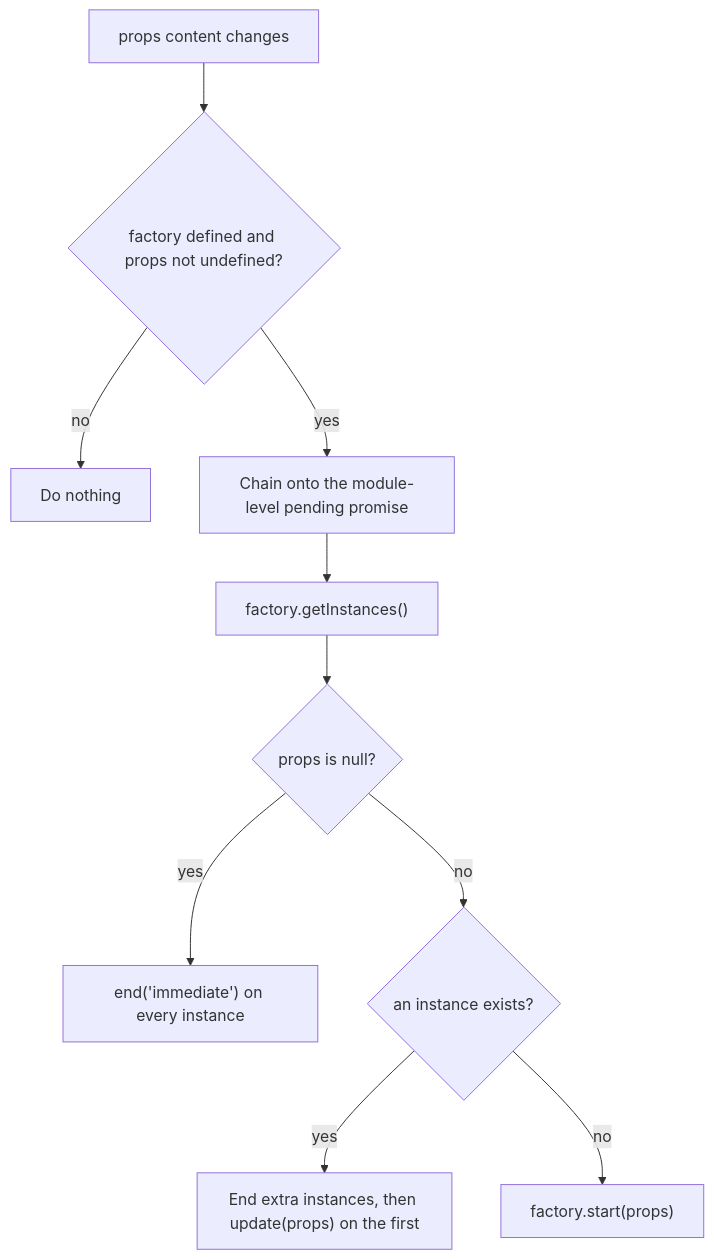
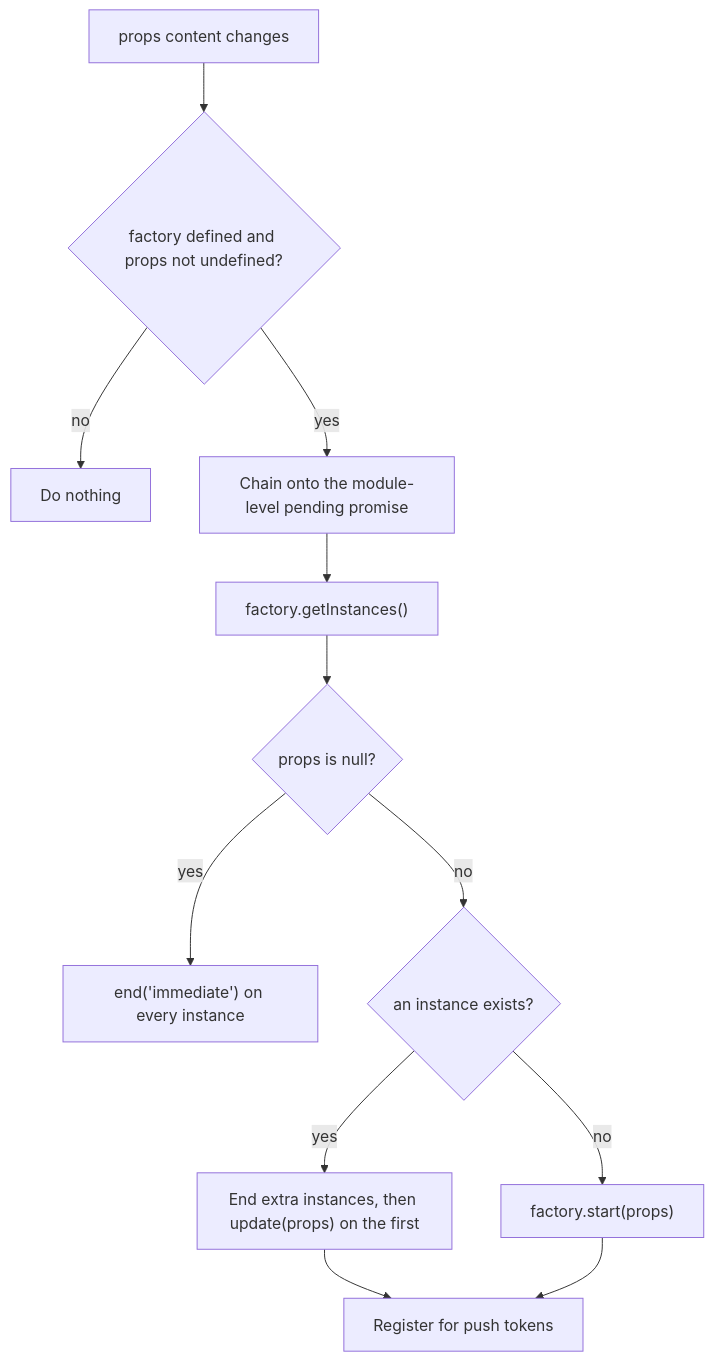
The first of 2 diagrams in engineering/mobile/live-activities.mdx (rideyelo/docs), drawn with Mermaid before and after one commit. The commit also changed other lines of this file and 9 other files, not shown here.

Commit message:
docs: document Live Activity push tokens and APNs background updates

````diff
--- a/engineering/mobile/live-activities.mdx
+++ b/engineering/mobile/live-activities.mdx
@@ -34,12 +34,14 @@
 ```mermaid
 flowchart TD
   Change["props content changes"] --> Gate{"factory defined and props not undefined?"}
   Gate -- "no" --> Noop["Do nothing"]
   Gate -- "yes" --> Queue["Chain onto the module-level pending promise"]
   Queue --> Inst["factory.getInstances()"]
   Inst --> Null{"props is null?"}
   Null -- "yes" --> EndAll["end('immediate') on every instance"]
   Null -- "no" --> Has{"an instance exists?"}
   Has -- "yes" --> Update["End extra instances, then update(props) on the first"]
   Has -- "no" --> Start["factory.start(props)"]
+  Update --> Register["Register for push tokens"]
+  Start --> Register
 ```
````
